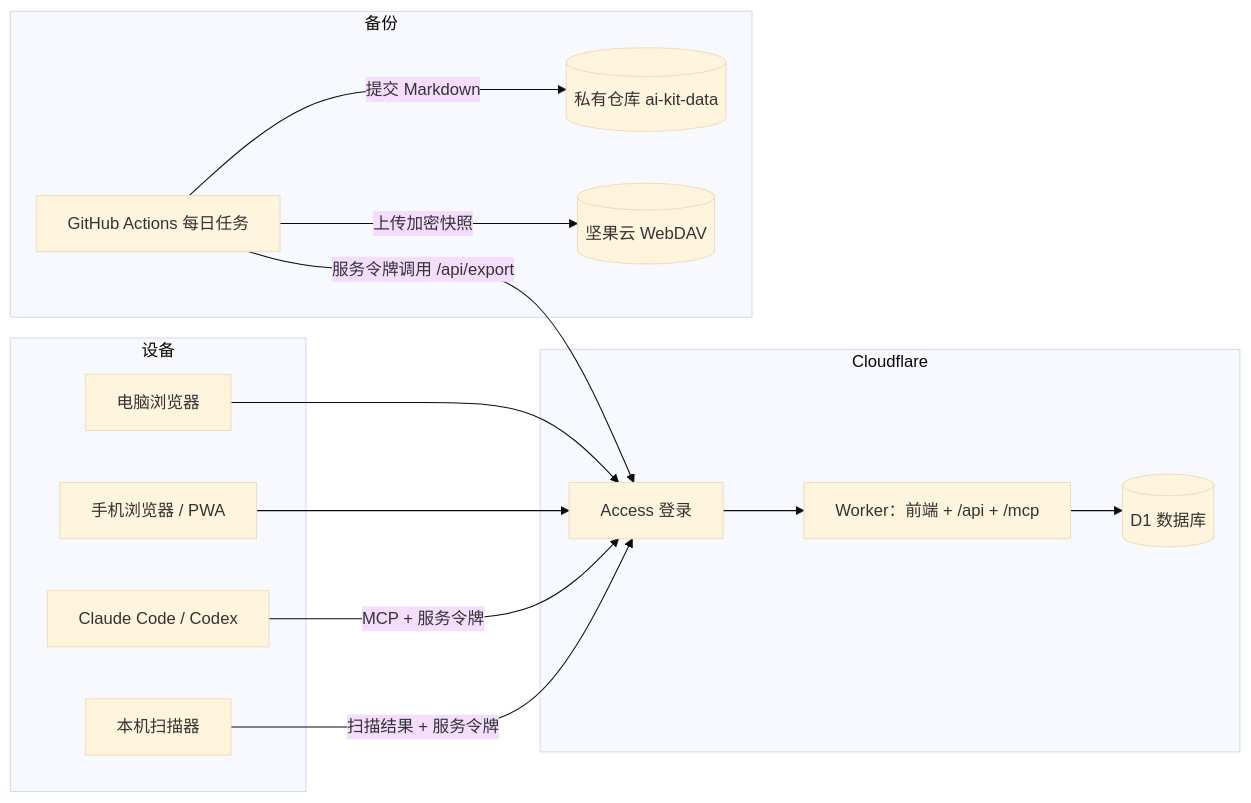
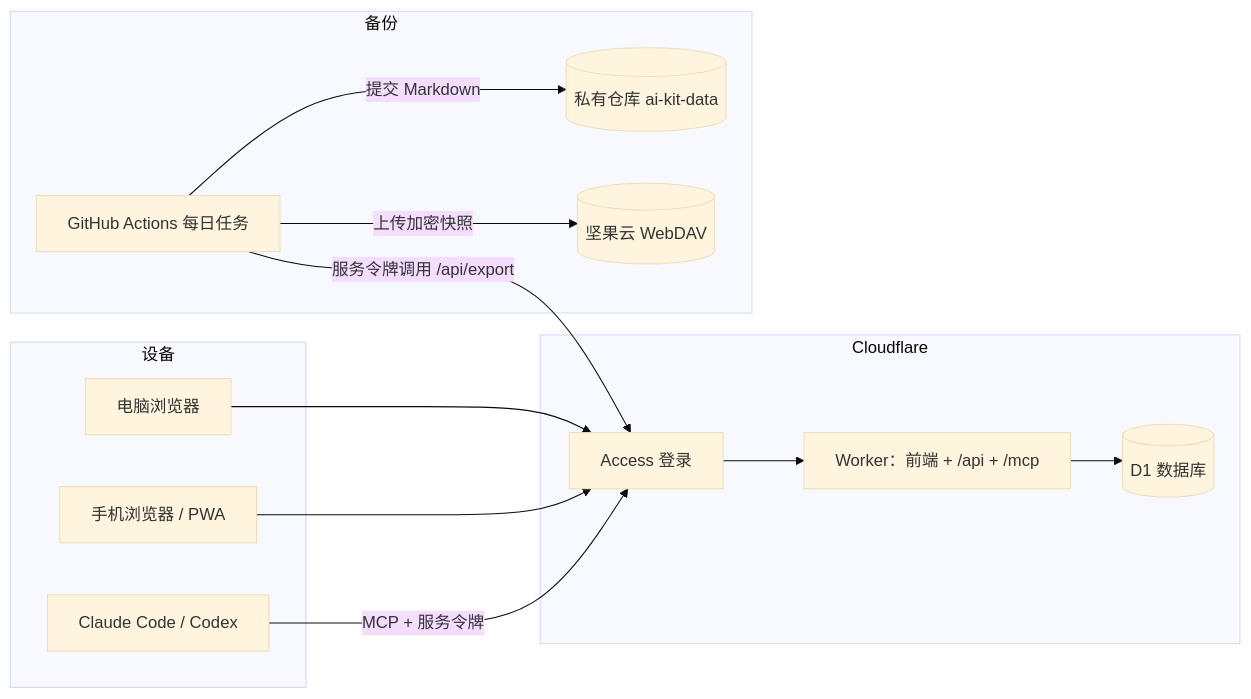
One commit to Super-YYQ/aiHub changed the diagram in docs/DESIGN.md. Above: the diagram before and after it, drawn with Mermaid (base theme). The commit also changed other lines of this file and 10 other files, not shown here.

````diff
--- a/docs/DESIGN.md
+++ b/docs/DESIGN.md
@@ -61,27 +61,25 @@
 ```mermaid
 flowchart LR
   subgraph 设备
     PC[电脑浏览器]
     Phone[手机浏览器 / PWA]
     Agent[Claude Code / Codex]
-    Scanner[本机扫描器]
   end
   subgraph Cloudflare
     Access[Access 登录]
     Worker[Worker：前端 + /api + /mcp]
     D1[(D1 数据库)]
   end
   subgraph 备份
     GHA[GitHub Actions 每日任务]
     Repo[(私有仓库 ai-kit-data)]
     JGY[(坚果云 WebDAV)]
   end
   PC --> Access
   Phone --> Access
   Agent -- MCP + 服务令牌 --> Access
-  Scanner -- 扫描结果 + 服务令牌 --> Access
   Access --> Worker --> D1
   GHA -- 服务令牌调用 /api/export --> Access
   GHA -- 提交 Markdown --> Repo
   GHA -- 上传加密快照 --> JGY
 ```
````
